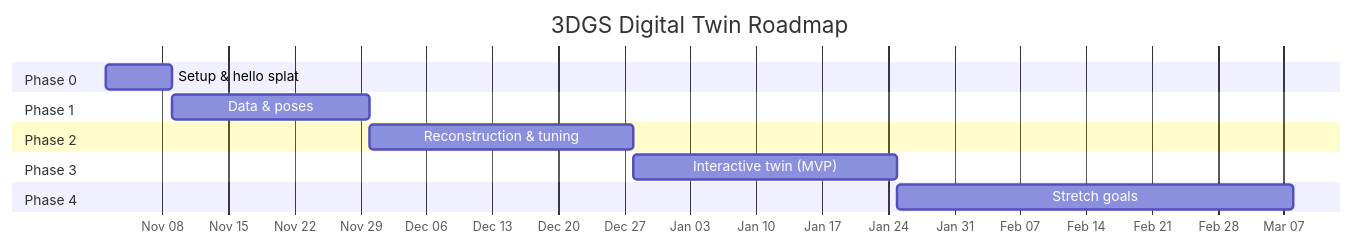
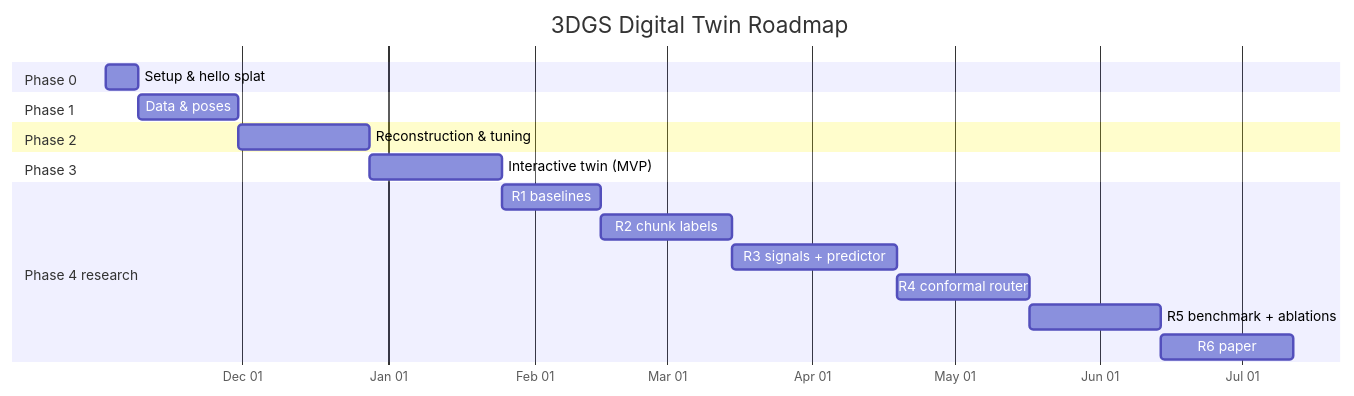
One commit to Kishore-suthersingh/3dgs-digital-twin changed the third of 3 diagrams in README.md. Above: the diagram before and after it, drawn with Mermaid. The commit also changed other lines of this file and 2 other files, not shown here.

Commit message:
Research track: HybridSfM with rendering-aware, conformal routing (proposal, README Phase 4)

````diff
--- a/README.md
+++ b/README.md
@@ -545,16 +610,21 @@
 ```mermaid
 gantt
     title 3DGS Digital Twin Roadmap
     dateFormat  YYYY-MM-DD
     axisFormat  %b %d
     section Phase 0
     Setup & hello splat         :p0, 2026-11-02, 7d
     section Phase 1
     Data & poses                :p1, after p0, 21d
     section Phase 2
     Reconstruction & tuning     :p2, after p1, 28d
     section Phase 3
     Interactive twin (MVP)      :p3, after p2, 28d
-    section Phase 4
-    Stretch goals               :p4, after p3, 42d
+    section Phase 4 research
+    R1 baselines                :r1, after p3, 21d
+    R2 chunk labels             :r2, after r1, 28d
+    R3 signals + predictor      :r3, after r2, 35d
+    R4 conformal router         :r4, after r3, 28d
+    R5 benchmark + ablations    :r5, after r4, 28d
+    R6 paper                    :r6, after r5, 28d
 ```
````
